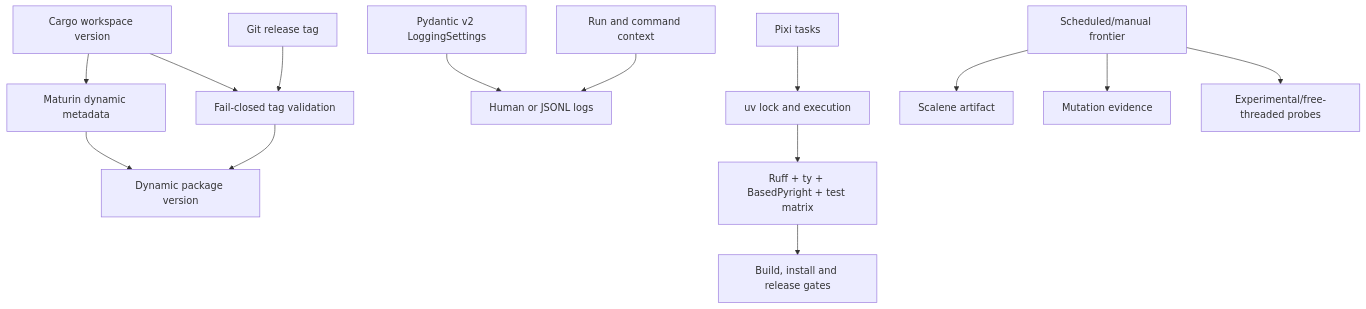
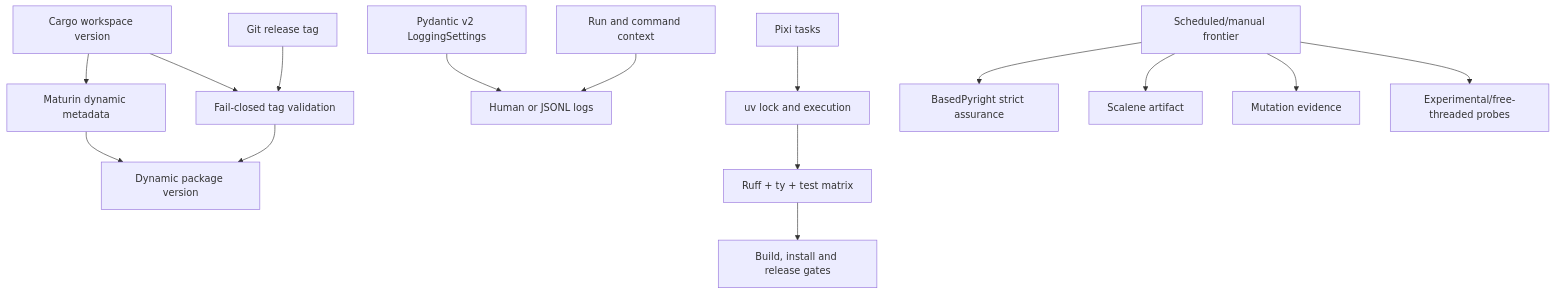
The tenth of 12 diagrams in conductor/design.md (edithatogo/voiage), drawn with Mermaid before and after one commit. The commit also changed 9 other files, not shown here.

Commit message:
ci(typing): schedule strict BasedPyright assurance

````diff
--- a/conductor/design.md
+++ b/conductor/design.md
@@ -216,16 +216,17 @@
 ```mermaid
 flowchart TD
     Cargo[Cargo workspace version] --> Maturin[Maturin dynamic metadata]
     Tag[Git release tag] --> Validate[Fail-closed tag validation]
     Cargo --> Validate
     Maturin --> Package[Dynamic package version]
     Validate --> Package
     Settings[Pydantic v2 LoggingSettings] --> Logs[Human or JSONL logs]
     Run[Run and command context] --> Logs
     Pixi[Pixi tasks] --> UV[uv lock and execution]
-    UV --> Fast[Ruff + ty + BasedPyright + test matrix]
+    UV --> Fast[Ruff + ty + test matrix]
     Fast --> Build[Build, install and release gates]
-    Scheduled[Scheduled/manual frontier] --> Scalene[Scalene artifact]
+    Scheduled[Scheduled/manual frontier] --> BasedPyright[BasedPyright strict assurance]
+    Scheduled --> Scalene[Scalene artifact]
     Scheduled --> Mutation[Mutation evidence]
     Scheduled --> Experimental[Experimental/free-threaded probes]
 ```
````
